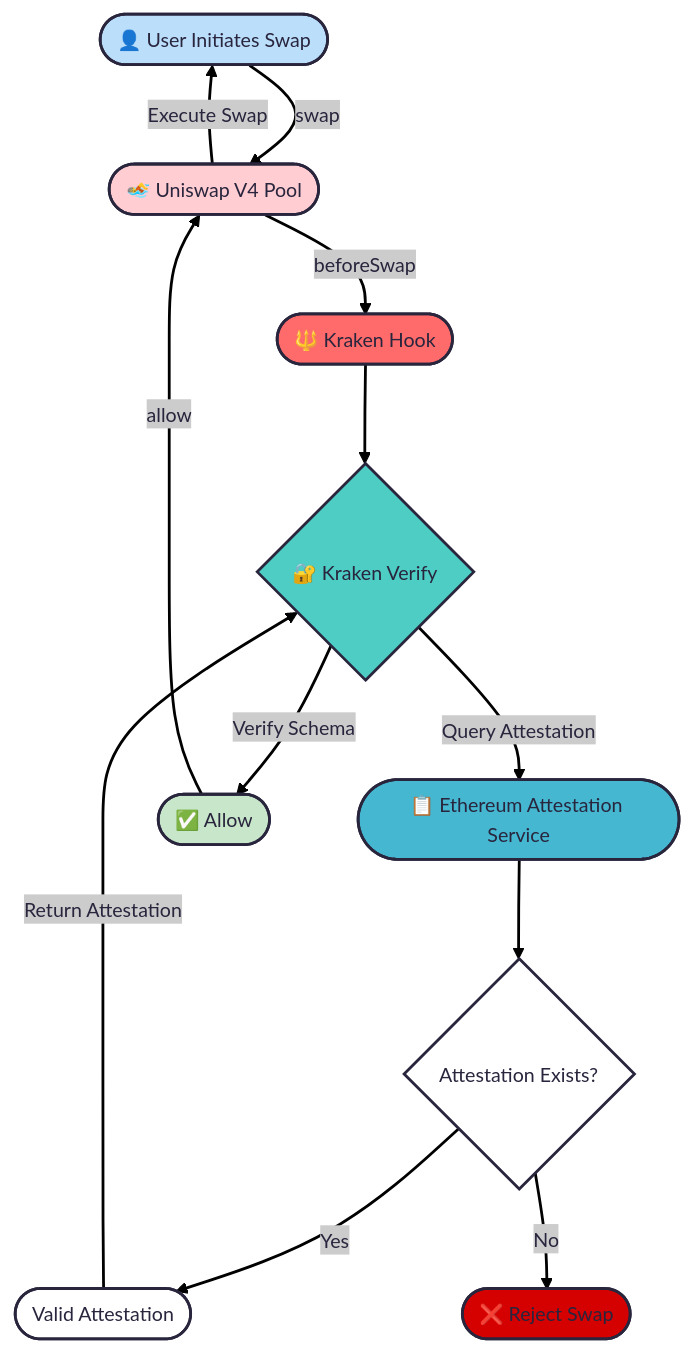
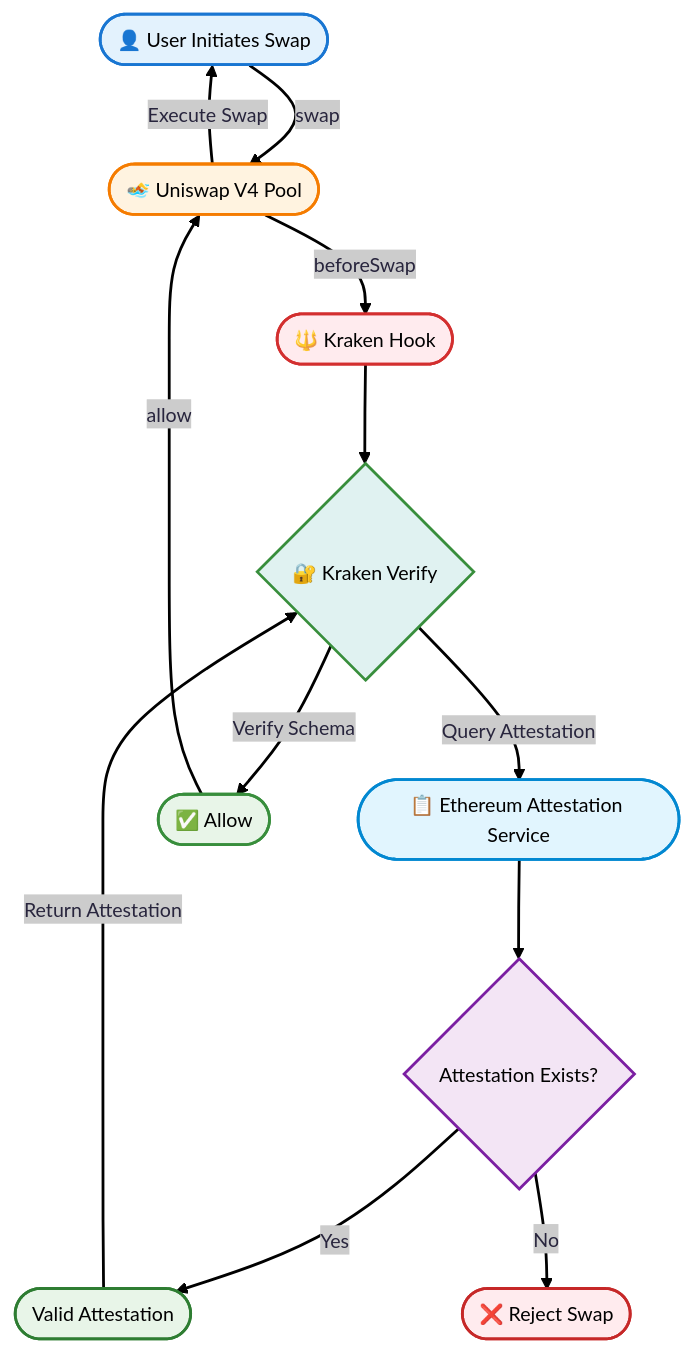
One commit to DanielBoye/kvhook changed the diagram in README.md. Above: the diagram before and after it, drawn with Mermaid.

````diff
--- a/README.md
+++ b/README.md
@@ -24,26 +24,28 @@
 ```mermaid
 ---
 config:
   theme: redux
 ---
 flowchart TD
     A(["👤 User Initiates Swap"]) -- swap --> B(["🏊 Uniswap V4 Pool"])
     B -- beforeSwap --> C(["🔱 Kraken Hook"])
     C --> D{"🔐 Kraken Verify"}
     D -- Query Attestation --> E(["📋 Ethereum Attestation Service"])
     E --> F{"Attestation Exists?"}
     F -- Yes --> G(["Valid Attestation"])
     F -- No --> H(["❌ Reject Swap"])
     G -- Return Attestation --> D
     D -- Verify Schema --> I(["✅ Allow"])
     B -- Execute Swap --> A
     I -- allow --> B
-    style A fill:#BBDEFB
-    style B fill:#FFCDD2
-    style C fill:#ff6b6b
-    style D fill:#4ecdc4
-    style E fill:#45b7d1
-    style H fill:#D50000
-    style I fill:#C8E6C9
+    style A fill:#E3F2FD,stroke:#1976D2,color:#000000
+    style B fill:#FFF3E0,stroke:#F57C00,color:#000000
+    style C fill:#FFEBEE,stroke:#D32F2F,color:#000000
+    style D fill:#E0F2F1,stroke:#388E3C,color:#000000
+    style E fill:#E1F5FE,stroke:#0288D1,color:#000000
+    style F fill:#F3E5F5,stroke:#7B1FA2,color:#000000
+    style G fill:#E8F5E8,stroke:#2E7D32,color:#000000
+    style H fill:#FFEBEE,stroke:#C62828,color:#000000
+    style I fill:#E8F5E8,stroke:#388E3C,color:#000000
 
 ```
````
